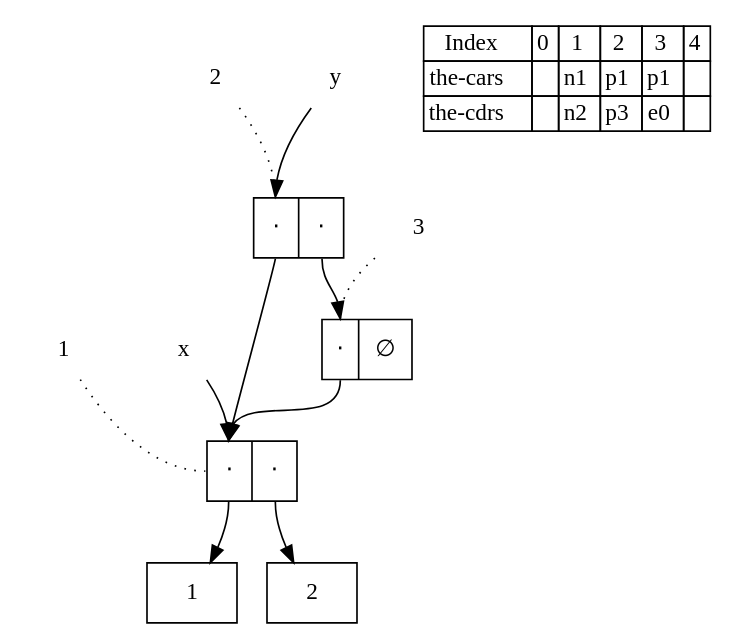
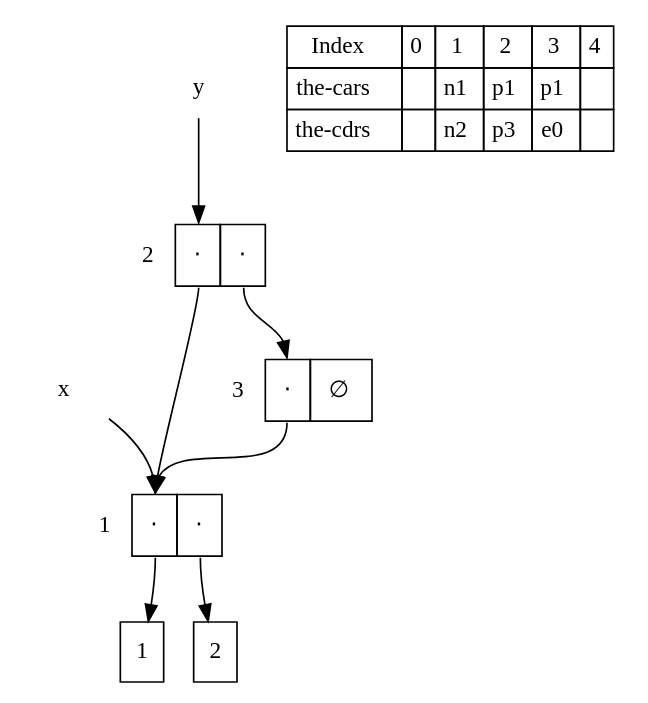
The diagram in 5.3.1/5.20.dot (klutometis/sicp), drawn with Graphviz before and after one commit. The commit also changed 1 other file, not shown here.

```diff
--- a/5.3.1/5.20.dot
+++ b/5.3.1/5.20.dot
@@ -1,58 +1,61 @@
 #!/usr/bin/env dot
 digraph memory_vector {
         {
                 node[shape=plaintext]
-                i1[label=1]
-                i2[label=2]
-                i3[label=3]
                 x
                 y
-                memory[label=<<table cellspacing="0" cellborder="1" border="0">
+                memory[label=<<table cellpadding="4" cellspacing="0" cellborder="1" border="0">
                        <tr>
                        <td>Index</td>
                        <td>0</td>
                        <td>1</td>
                        <td>2</td>
                        <td>3</td>
                        <td>4</td>
                        </tr>
                        <tr>
                        <td>the-cars</td>
                        <td></td>
                        <td>n1</td>
                        <td>p1</td>
                        <td>p1</td>
                        <td></td>
                        </tr>
                        <tr>
                        <td>the-cdrs</td>
                        <td></td>
                        <td>n2</td>
                        <td>p3</td>
                        <td>e0</td>
                        <td></td>
                        </tr>
                        </table>>]
+                p1[label=<<table cellpadding="10" border="0" cellspacing="0" cellborder="0"><tr>
+                   <td>1</td>
+                   <td border="1" port="0">&#8901;</td>
+                   <td border="1" port="1">&#8901;</td>
+                   </tr></table>>]
+                p2[label=<<table cellpadding="10" border="0" cellspacing="0" cellborder="0"><tr>
+                   <td>2</td>
+                   <td border="1" port="0">&#8901;</td>
+                   <td border="1" port="1">&#8901;</td>
+                   </tr></table>>]
+                p3[label=<<table cellpadding="10" border="0" cellspacing="0" cellborder="0"><tr>
+                   <td>3</td>
+                   <td border="1" port="0">&#8901;</td>
+                   <td border="1" port="1">&#8709;</td>
+                   </tr></table>>]
         }
         {
-                node[shape=record]
-                p1[label="<0>&sdot;|<1>&sdot;"]
-                p2[label="<0>&sdot;|<1>&sdot;"]
-                p3[label="<0>&sdot;|<1>&empty;"]
+                node[shape=box, width=0.35]
                 n1[label=1]
                 n2[label=2]
-        }
-        {
-                edge[style=dotted, dir=none]
-                i1 -> p1:0
-                i2 -> p2:0
-                i3 -> p3:0
         }
         x -> p1:0
         y -> p2:0
         p1:0 -> n1
         p1:1 -> n2
         p2:0 -> p1:0
         p2:1 -> p3:0
         p3:0 -> p1:0
 }
```
